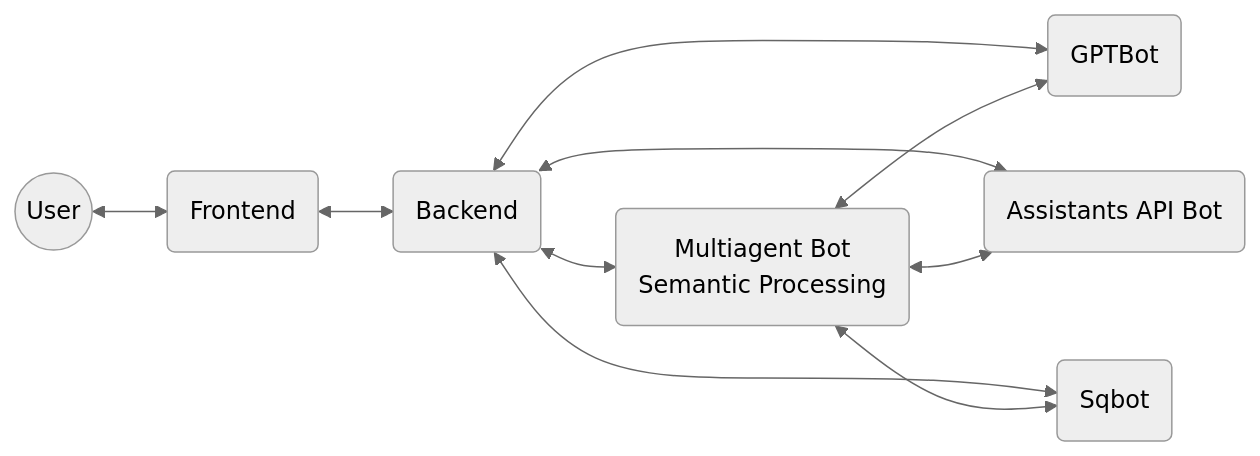
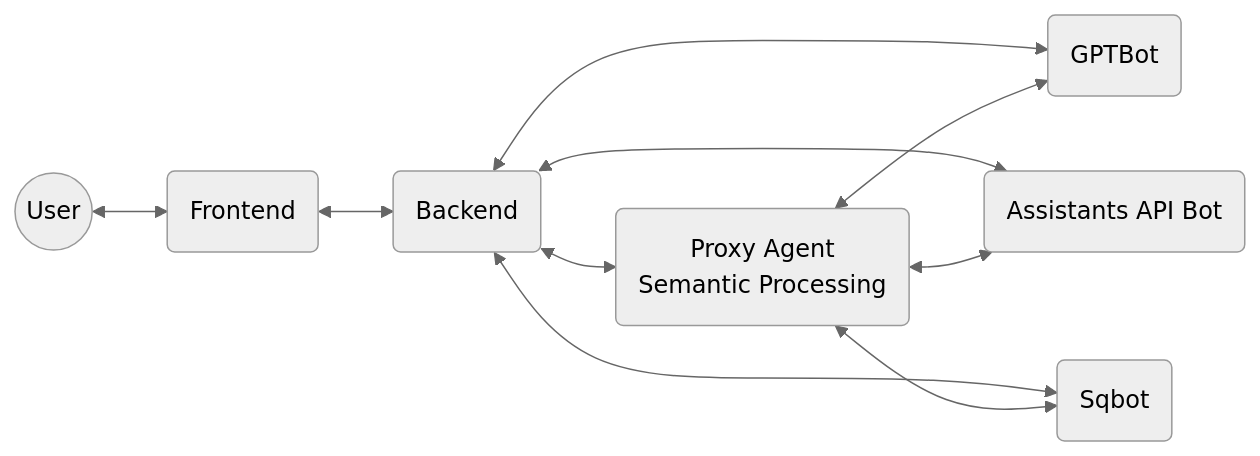
The diagram in README.md (msalemor/adventureworks-viewer-ai), drawn with Mermaid (neutral theme) before and after one commit.

````diff
--- a/README.md
+++ b/README.md
@@ -7,12 +7,12 @@
 ```mermaid
 graph LR;
   A((User))<-->F(Frontend)
   F<-->B(Backend)
   B<-->O(GPTBot)
   B<-->Asst(Assistants API Bot)
   B<-->SQL(Sqbot)
-  B<-->M(Multiagent Bot<br/>Semantic Processing)
+  B<-->M(Proxy Agent<br/>Semantic Processing)
   M<-->O
   M<-->SQL
   M<-->Asst
 ```
````
